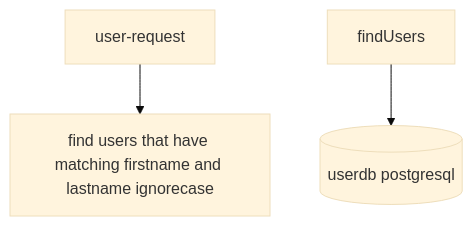
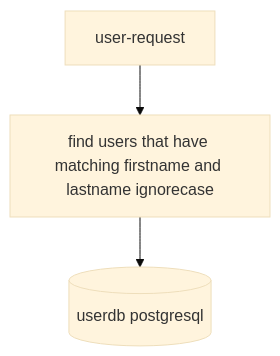
The seventh of 9 diagrams in README.md (sonamsamdupkhangsar/user-rest-service), drawn with Mermaid (base theme) before and after one commit. The commit also changed other lines of this file, not shown here.

Commit message:
add flowchart

````diff
--- a/README.md
+++ b/README.md
@@ -142,5 +142,5 @@
 ```mermaid
 flowchart TD
-  User[user-request] --> findUser[find users that have matching firstname and lastname ignorecase]
+  User[user-request] --> findUsers[find users that have matching firstname and lastname ignorecase]
   findUsers --> userDb[(userdb postgresql)]
 ```
````
